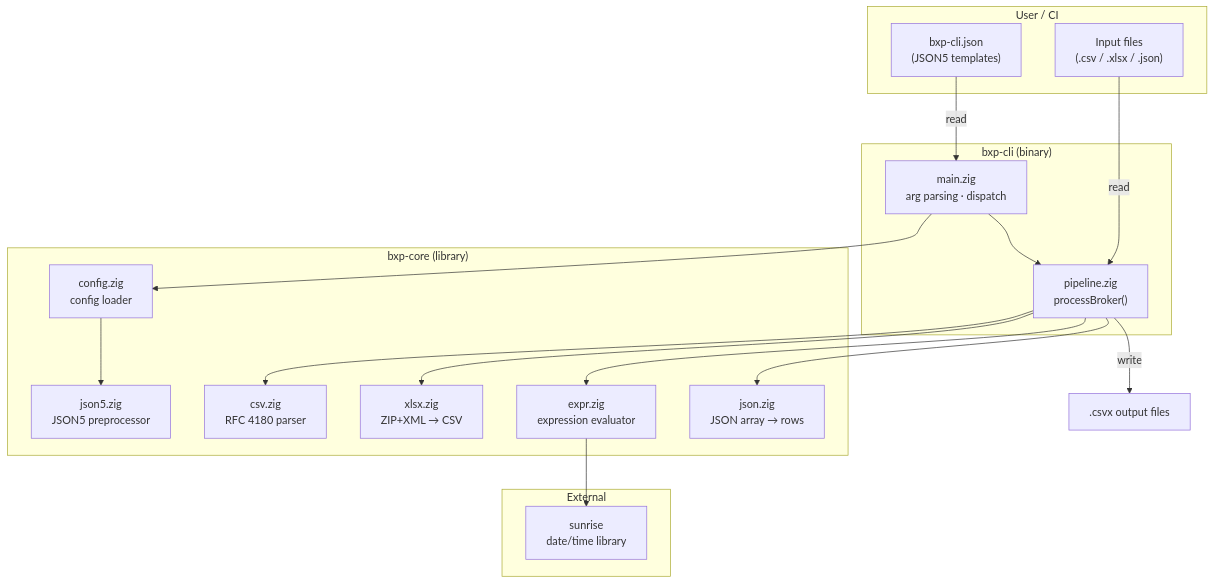
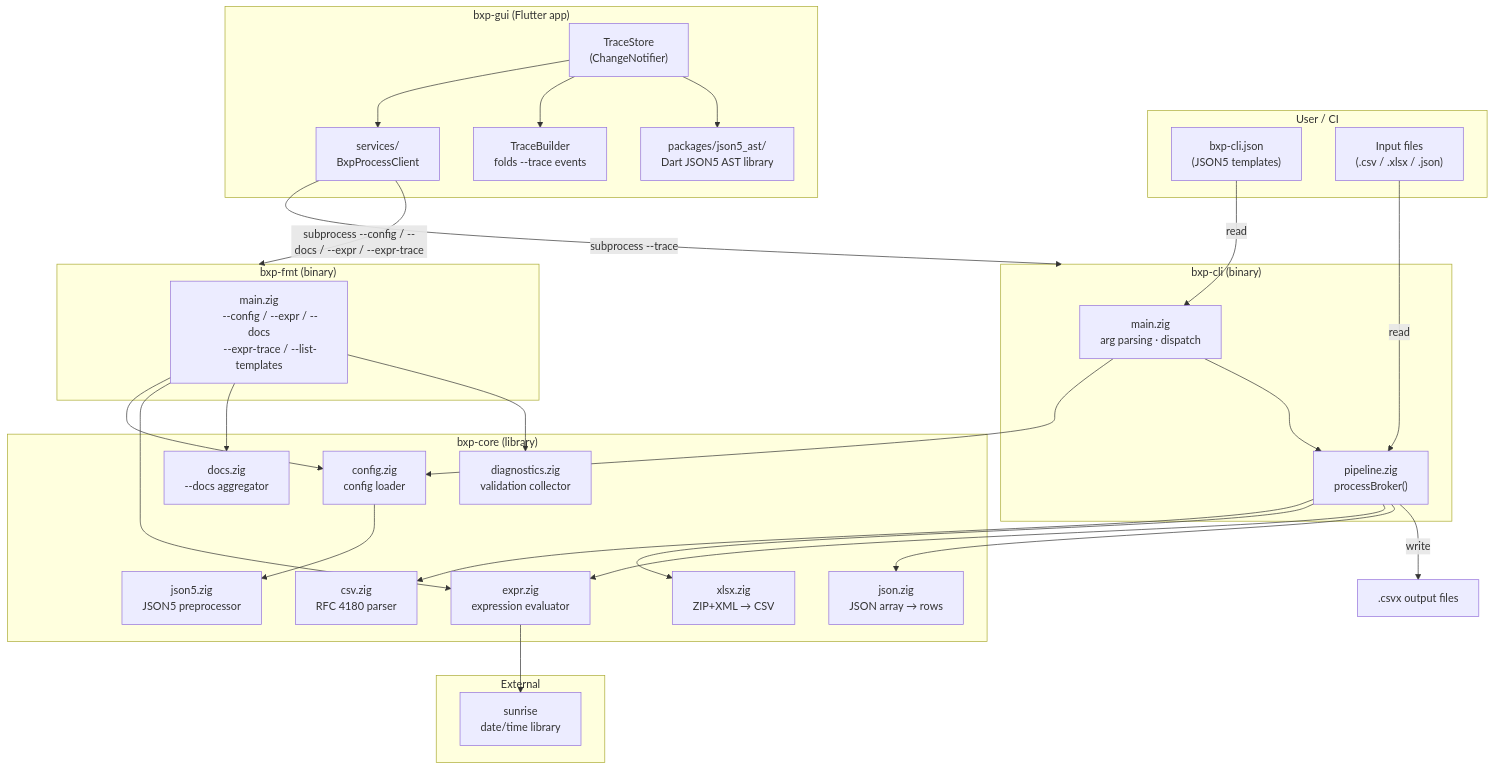
One commit to zaxified/bxp changed the first of 10 diagrams in docs/architecture.md. Above: the diagram before and after it, drawn with Mermaid. The commit also changed other lines of this file and 38 other files, not shown here.

First line of the commit message:
docs: expand docs/ with GUI-equal coverage; add subprocess protocol reference

````diff
--- a/docs/architecture.md
+++ b/docs/architecture.md
@@ -13,48 +26,80 @@
 ```mermaid
 graph TD
     subgraph User["User / CI"]
         CFG["bxp-cli.json
         (JSON5 templates)"]
         DATA["Input files
         (.csv / .xlsx / .json)"]
     end
 
+    subgraph GUI["bxp-gui (Flutter app)"]
+        STORE["TraceStore
+        (ChangeNotifier)"]
+        TB["TraceBuilder
+        folds --trace events"]
+        SVCS["services/
+        BxpProcessClient"]
+        AST_LIB["packages/json5_ast/
+        Dart JSON5 AST library"]
+    end
+
     subgraph CLI["bxp-cli (binary)"]
         MAIN["main.zig
         arg parsing · dispatch"]
         PIPE["pipeline.zig
         processBroker()"]
+    end
+
+    subgraph FMT["bxp-fmt (binary)"]
+        FMTMAIN["main.zig
+        --config / --expr / --docs
+        --expr-trace / --list-templates"]
     end
 
     subgraph Core["bxp-core (library)"]
         CSV["csv.zig
         RFC 4180 parser"]
         XLSX["xlsx.zig
         ZIP+XML → CSV"]
         EXPR["expr.zig
         expression evaluator"]
         CFG2["config.zig
         config loader"]
         JSON["json.zig
         JSON array → rows"]
         JSON5["json5.zig
         JSON5 preprocessor"]
+        DOCS["docs.zig
+        --docs aggregator"]
+        DIAG["diagnostics.zig
+        validation collector"]
     end
 
     subgraph Ext["External"]
         SUNRISE["sunrise
         date/time library"]
     end
 
     CFG -->|read| MAIN
     DATA -->|read| PIPE
     MAIN --> CFG2
     MAIN --> PIPE
     PIPE --> CSV
     PIPE --> XLSX
     PIPE --> EXPR
     PIPE --> JSON
     CFG2 --> JSON5
     EXPR --> SUNRISE
     PIPE -->|write| OUT[".csvx output files"]
+
+    FMTMAIN --> CFG2
+    FMTMAIN --> EXPR
+    FMTMAIN --> DOCS
+    FMTMAIN --> DIAG
+
+    SVCS -->|subprocess --trace| CLI
+    SVCS -->|subprocess --config / --docs / --expr / --expr-trace| FMT
+    STORE --> SVCS
+    STORE --> TB
+    STORE --> AST_LIB
 ```
````
